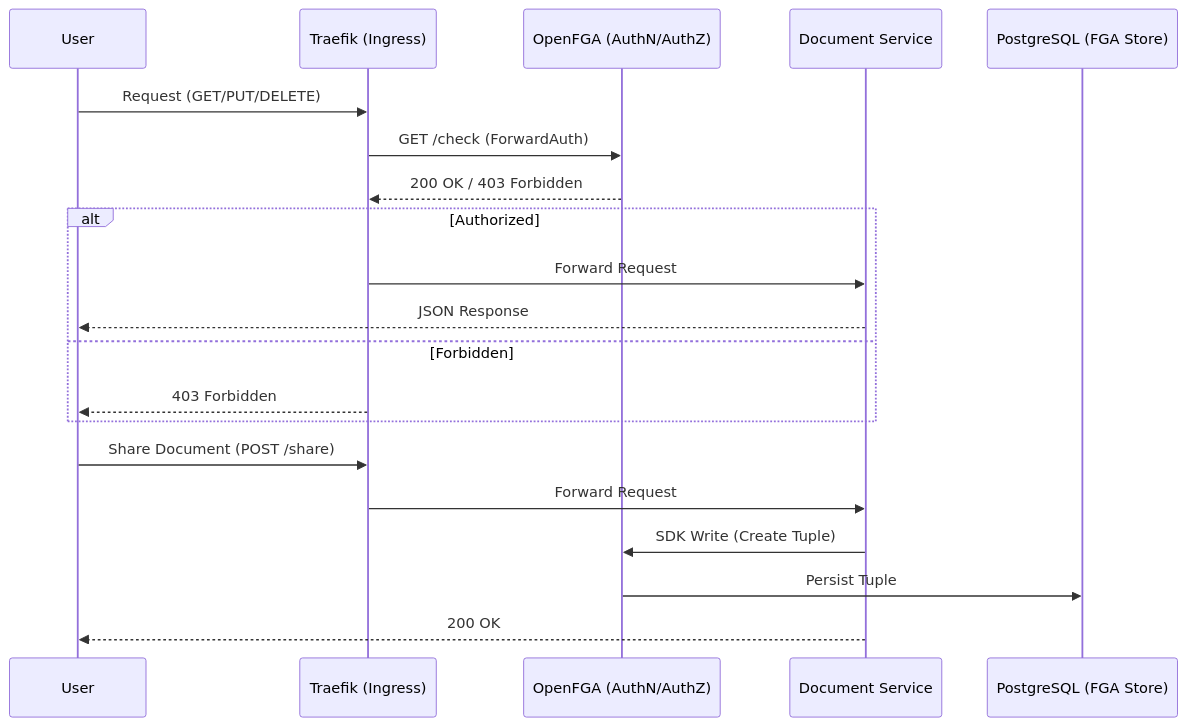
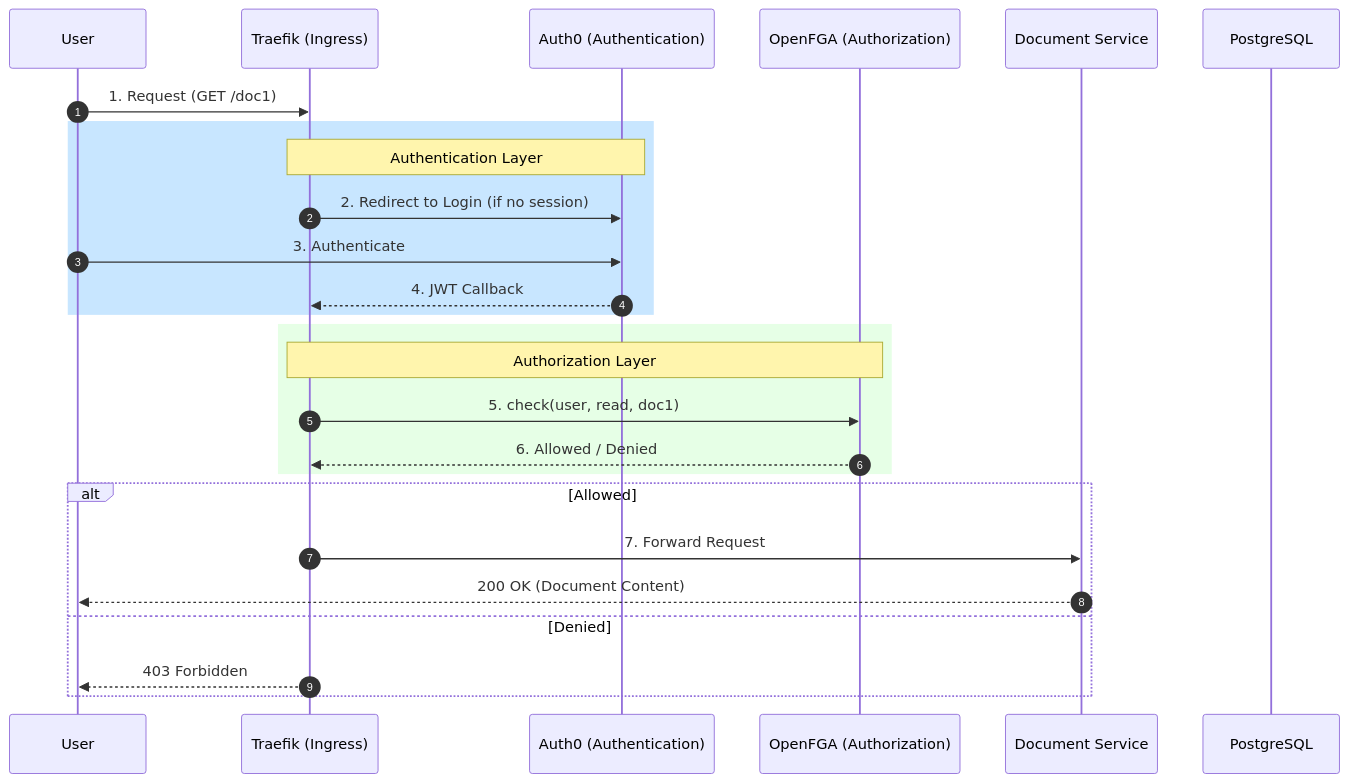
Before and after one commit to corganfuzz/fga: the first of 2 diagrams in README.md, drawn with Mermaid. The commit also changed other lines of this file and 6 other files, not shown here.

````diff
--- a/README.md
+++ b/README.md
@@ -7,25 +7,32 @@
 ```mermaid
 sequenceDiagram
+    autonumber
     participant User
     participant Traefik as Traefik (Ingress)
-    participant FGA as OpenFGA (AuthN/AuthZ)
+    participant Auth0 as Auth0 (Authentication)
+    participant FGA as OpenFGA (Authorization)
     participant DocSvc as Document Service
-    participant DB as PostgreSQL (FGA Store)
+    participant DB as PostgreSQL
 
-    User->>Traefik: Request (GET/PUT/DELETE)
-    Traefik->>FGA: GET /check (ForwardAuth)
-    FGA-->>Traefik: 200 OK / 403 Forbidden
+    User->>Traefik: 1. Request (GET /doc1)
     
-    alt Authorized
-        Traefik->>DocSvc: Forward Request
-        DocSvc-->>User: JSON Response
-    else Forbidden
+    rect rgb(200, 230, 255)
+    Note over Traefik,Auth0: Authentication Layer
+    Traefik->>Auth0: 2. Redirect to Login (if no session)
+    User->>Auth0: 3. Authenticate
+    Auth0-->>Traefik: 4. JWT Callback
+    end
+
+    rect rgb(230, 255, 230)
+    Note over Traefik,FGA: Authorization Layer
+    Traefik->>FGA: 5. check(user, read, doc1)
+    FGA-->>Traefik: 6. Allowed / Denied
+    end
+    
+    alt Allowed
+        Traefik->>DocSvc: 7. Forward Request
+        DocSvc-->>User: 200 OK (Document Content)
+    else Denied
         Traefik-->>User: 403 Forbidden
     end
-
-    User->>Traefik: Share Document (POST /share)
-    Traefik->>DocSvc: Forward Request
-    DocSvc->>FGA: SDK Write (Create Tuple)
-    FGA->>DB: Persist Tuple
-    DocSvc-->>User: 200 OK
 ```
````
